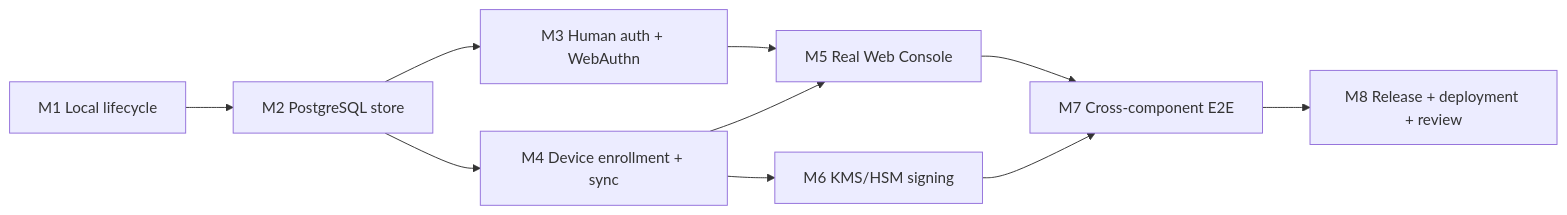
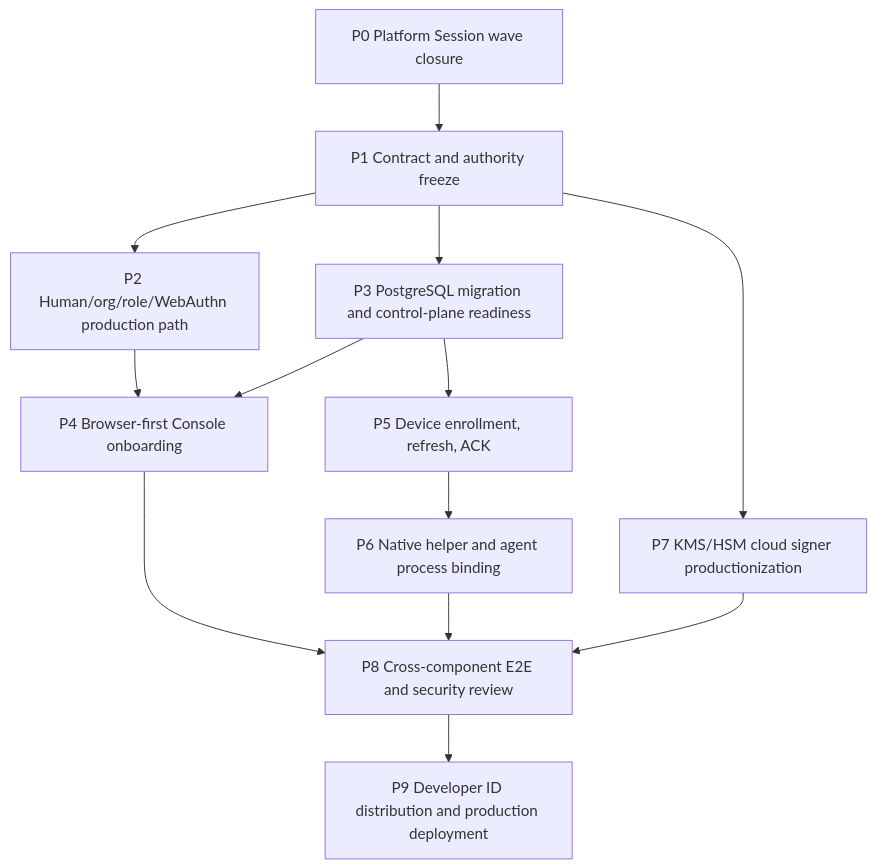
Before and after one commit to Torutesu/AIagentpass: the second of 2 diagrams in docs/IMPLEMENTATION_ROADMAP.md, drawn with Mermaid. The commit also changed other lines of this file and 34 other files, not shown here.

````diff
--- a/docs/IMPLEMENTATION_ROADMAP.md
+++ b/docs/IMPLEMENTATION_ROADMAP.md
@@ -69,12 +95,15 @@
 ```mermaid
-flowchart LR
-  A["M1 Local lifecycle"] --> B["M2 PostgreSQL store"]
-  B --> C["M3 Human auth + WebAuthn"]
-  B --> D["M4 Device enrollment + sync"]
-  C --> E["M5 Real Web Console"]
+flowchart TD
+  A["P0 Platform Session wave closure"] --> B["P1 Contract and authority freeze"]
+  B --> C["P2 Human/org/role/WebAuthn production path"]
+  B --> D["P3 PostgreSQL migration and control-plane readiness"]
+  C --> E["P4 Browser-first Console onboarding"]
   D --> E
-  D --> F["M6 KMS/HSM signing"]
-  E --> G["M7 Cross-component E2E"]
-  F --> G
-  G --> H["M8 Release + deployment + review"]
+  D --> F["P5 Device enrollment, refresh, ACK"]
+  F --> G["P6 Native helper and agent process binding"]
+  B --> H["P7 KMS/HSM cloud signer productionization"]
+  E --> I["P8 Cross-component E2E and security review"]
+  G --> I
+  H --> I
+  I --> J["P9 Developer ID distribution and production deployment"]
 ```
````
